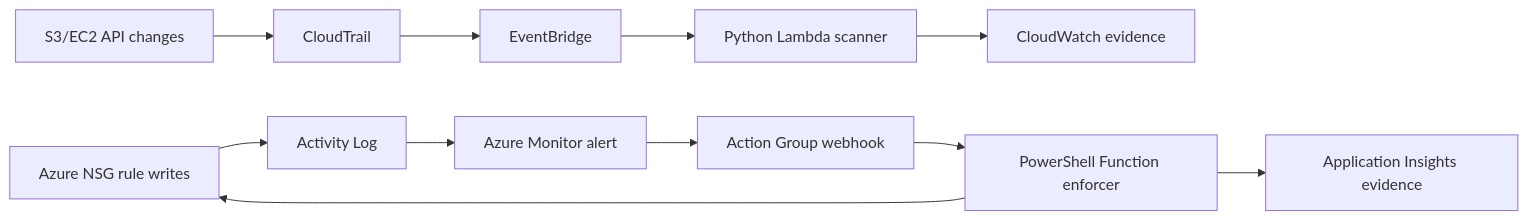
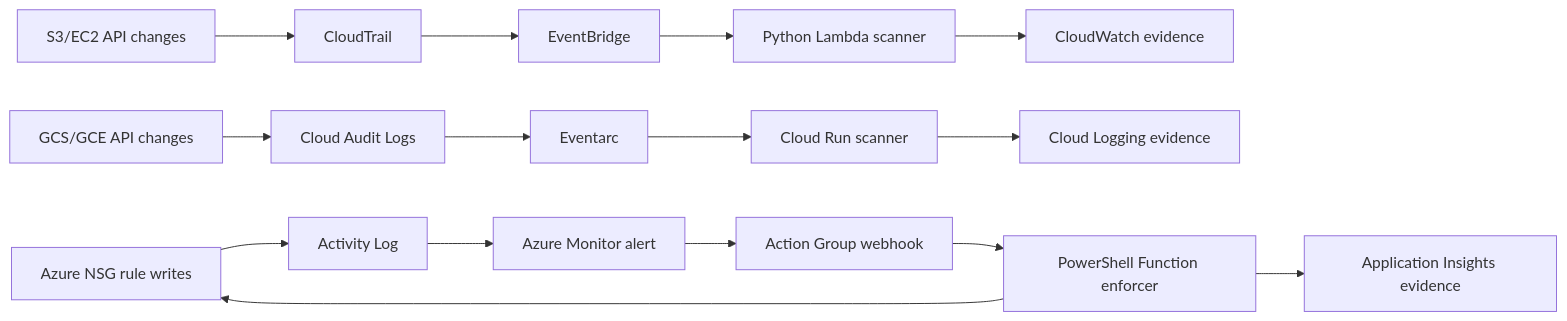
The diagram in README.md (Williamclayfl/multi-cloud-serverless-compliance-lab), drawn with Mermaid before and after one commit. The commit also changed other lines of this file and 19 other files, not shown here.

Commit message:
Add GCP Cloud Run compliance scanner

````diff
--- a/README.md
+++ b/README.md
@@ -15,14 +15,19 @@
 ```mermaid
 flowchart LR
     S3["S3/EC2 API changes"] --> CT["CloudTrail"]
     CT --> EB["EventBridge"]
     EB --> L["Python Lambda scanner"]
     L --> CW["CloudWatch evidence"]
+
+    GCPR["GCS/GCE API changes"] --> CAL["Cloud Audit Logs"]
+    CAL --> EA["Eventarc"]
+    EA --> CR["Cloud Run scanner"]
+    CR --> CL["Cloud Logging evidence"]
 
     NSG["Azure NSG rule writes"] --> AL["Activity Log"]
     AL --> AM["Azure Monitor alert"]
     AM --> AG["Action Group webhook"]
     AG --> AF["PowerShell Function enforcer"]
     AF --> NSG
     AF --> AI["Application Insights evidence"]
 ```
````
